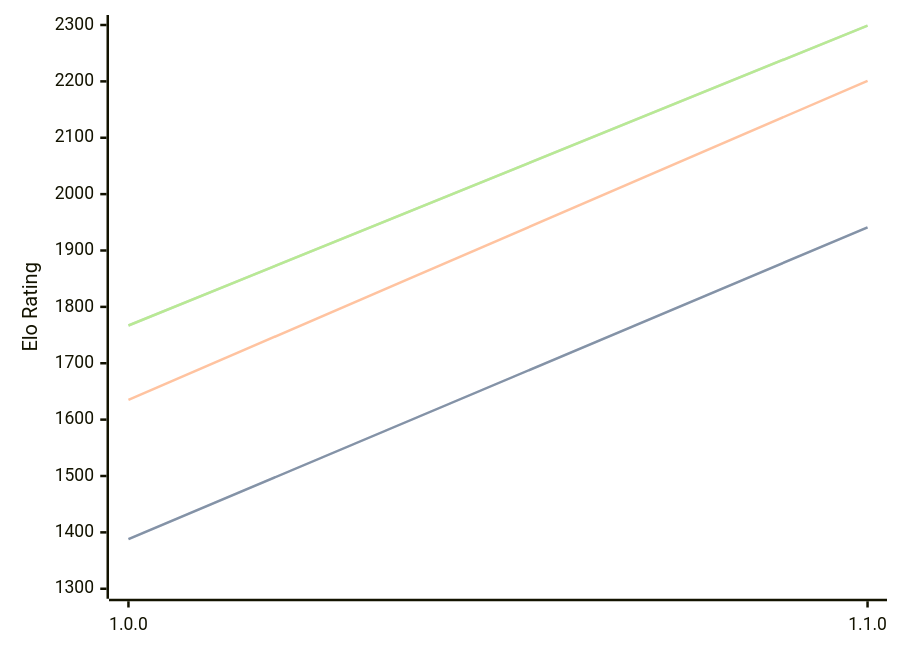
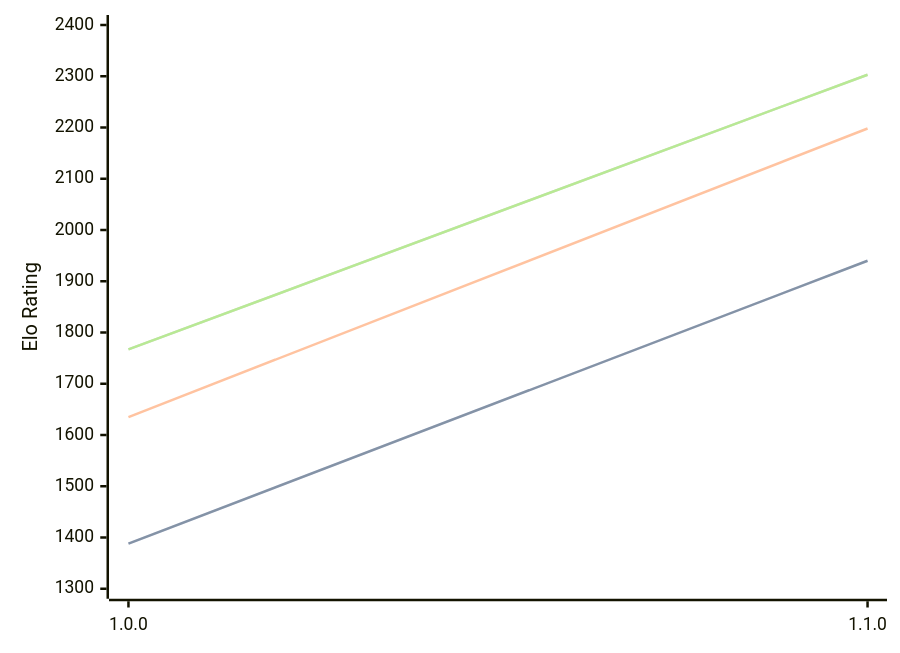
The diagram in engines/Akerbeltz.md (computer-chess-index/cci), drawn with Mermaid before and after one commit. The commit also changed other lines of this file, not shown here.

Commit message:
Update CCI Ratings (ELO VLTC) - 2026-09-04

````diff
--- a/engines/Akerbeltz.md
+++ b/engines/Akerbeltz.md
@@ -32,11 +32,11 @@
 ```mermaid
 %%{init: {"theme":"base","themeVariables":{"seriesColors:['#a3a3a3','#222221','#faa371']}}}%%
 xychart-beta
   x-axis ["1.0.0", "1.1.0"]
-  y-axis "Elo Rating" 1300 --> 2300
-  line "" [1388, 1941]
-  line "STC (8.0+0.08s)" [1388, 1941]
-  line "LTC (60.0+0.60s)" [1635, 2201]
-  line "" [1767, 2299]
-  line "VLTC (2m24s+1.12s)" [1767, 2299]
+  y-axis "Elo Rating" 1300 --> 2400
+  line "" [1388, 1940]
+  line "STC (8.0+0.08s)" [1388, 1940]
+  line "LTC (60.0+0.60s)" [1635, 2198]
+  line "" [1767, 2303]
+  line "VLTC (2m24s+1.12s)" [1767, 2303]
 ```
````
